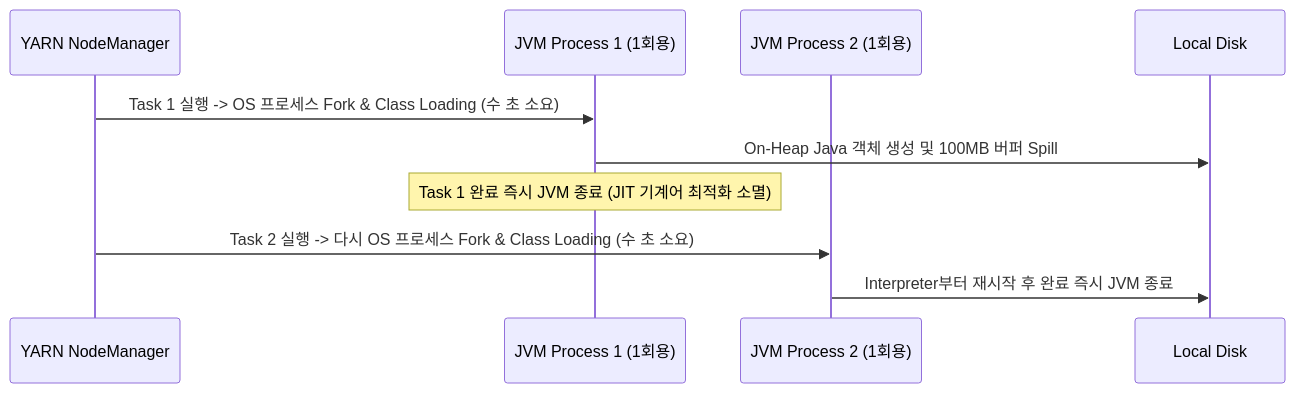
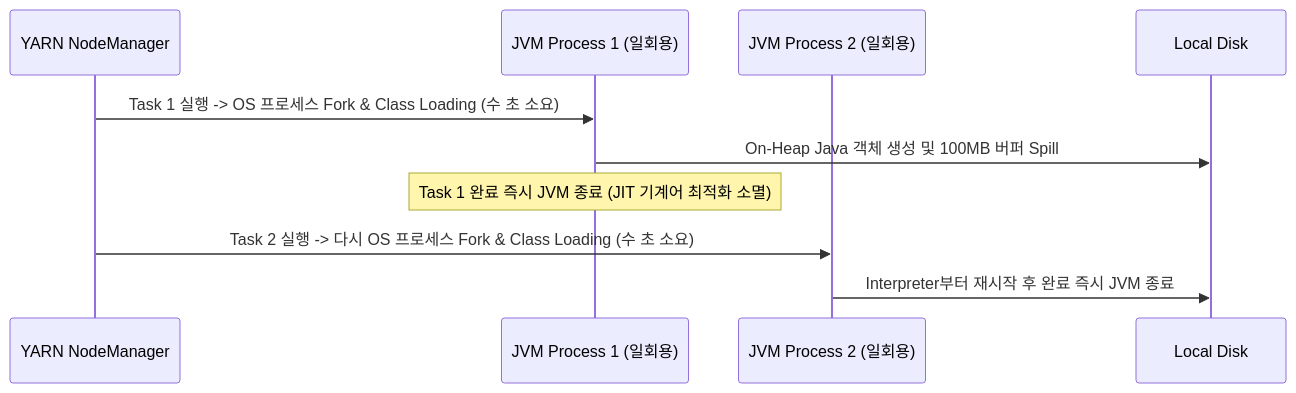
Before and after one commit to djpibo/djpibo.github.io: the first of 12 diagrams in docs/dbms/distributed/mapreduce-spark-and-distributed-db-internals.md, drawn with Mermaid. The commit also changed other lines of this file, not shown here.

Commit message:
docs(mermaid): render Figure 3 UnsafeRow as 8-byte aligned packet memory layout diagram

````diff
--- a/docs/dbms/distributed/mapreduce-spark-and-distributed-db-internals.md
+++ b/docs/dbms/distributed/mapreduce-spark-and-distributed-db-internals.md
@@ -21,14 +21,14 @@
 ```mermaid
 sequenceDiagram
     participant NM as YARN NodeManager
-    participant JVM1 as JVM Process 1 (1회용)
-    participant JVM2 as JVM Process 2 (1회용)
+    participant JVM1 as JVM Process 1 (일회용)
+    participant JVM2 as JVM Process 2 (일회용)
     participant Disk as Local Disk
 
     NM->>JVM1: Task 1 실행 -> OS 프로세스 Fork & Class Loading (수 초 소요)
     JVM1->>Disk: On-Heap Java 객체 생성 및 100MB 버퍼 Spill
     Note over JVM1: Task 1 완료 즉시 JVM 종료 (JIT 기계어 최적화 소멸)
 
     NM->>JVM2: Task 2 실행 -> 다시 OS 프로세스 Fork & Class Loading (수 초 소요)
     JVM2->>Disk: Interpreter부터 재시작 후 완료 즉시 JVM 종료
 ```
````
